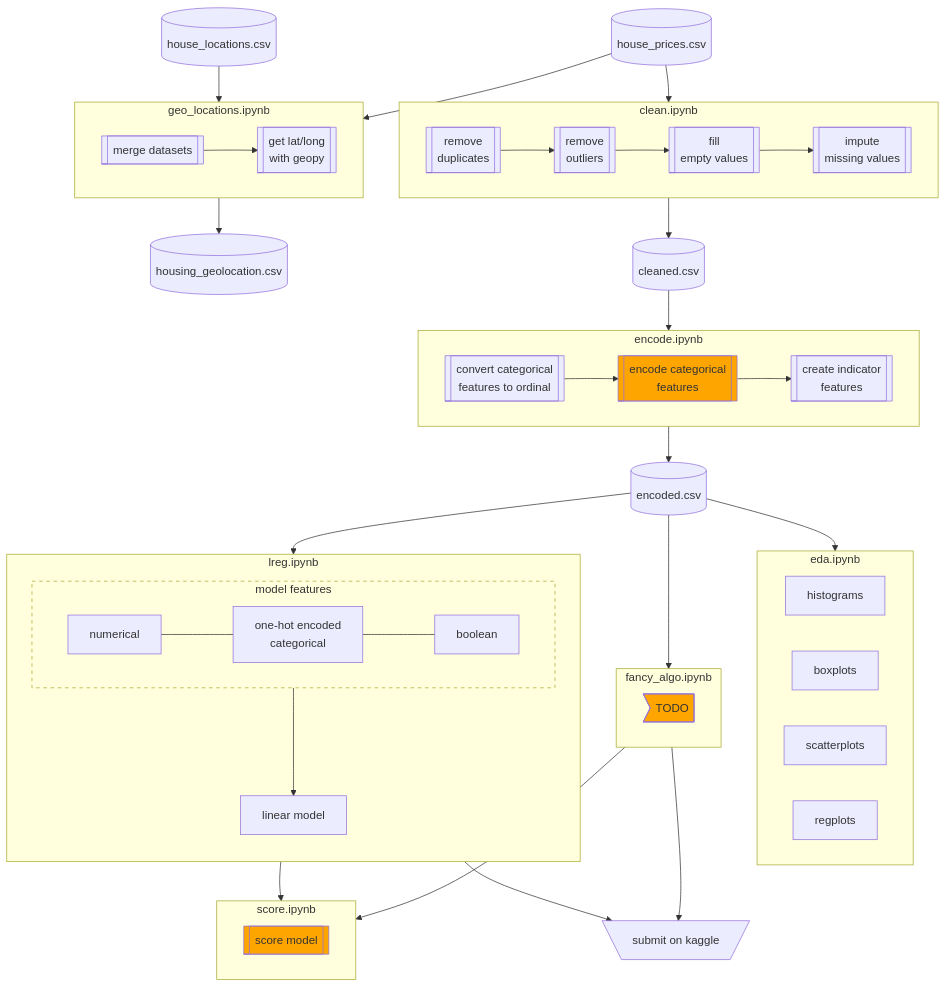
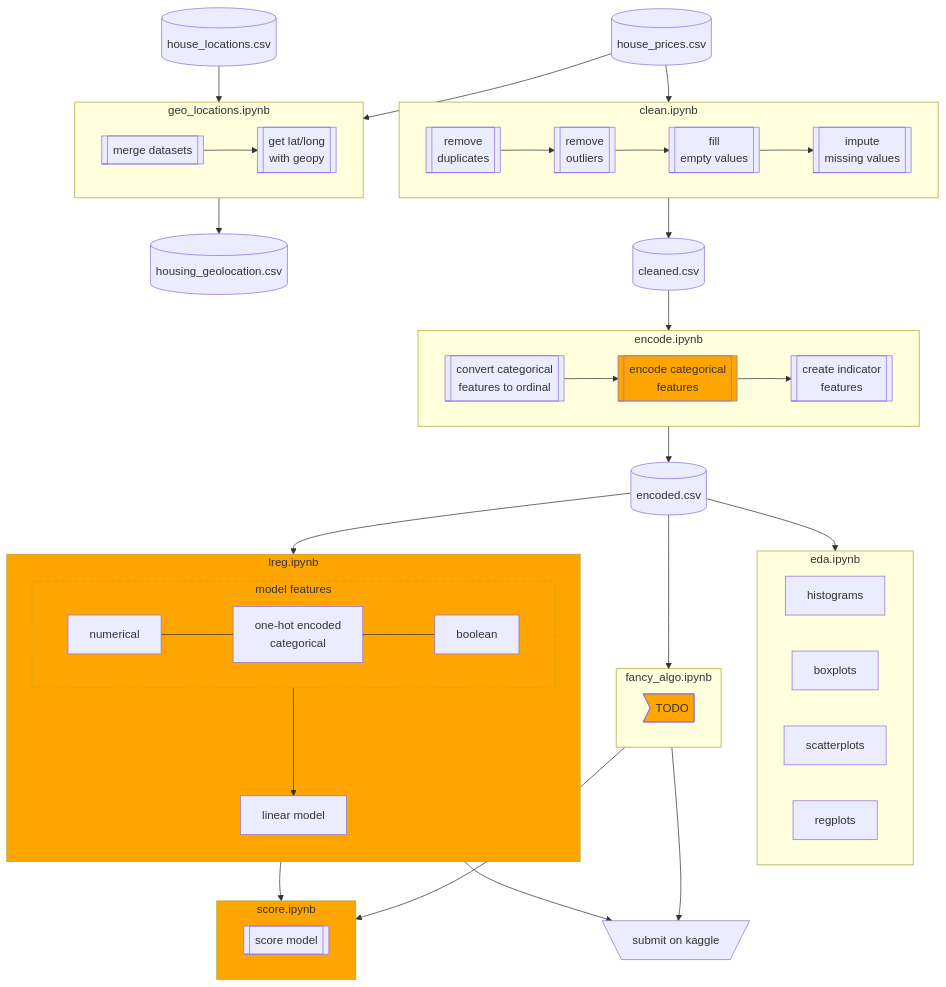
Before and after one commit to rishigoutam/ames-iowa: the diagram in project-management/process.md, drawn with Mermaid.

````diff
--- a/project-management/process.md
+++ b/project-management/process.md
@@ -5,71 +5,73 @@
 ```mermaid
 flowchart TD
     d_r[(house_locations.csv)]-->geo
     d_h[(house_prices.csv)]-->geo
     
     subgraph geo [geo_locations.ipynb]
         direction LR
         merge[[merge datasets]]-->geopy
         geopy[[get lat/long\n with geopy]]
     end
     
     geo-->d_g[(housing_geolocation.csv)]
 
     d_h[(house_prices.csv)]-->clean
     
     subgraph clean [clean.ipynb]
         direction LR
         dupe[[remove \nduplicates]]-->outlier
         outlier[[remove \noutliers]]-->fillna
         fillna[[fill \nempty values]]-->impute
         impute[[impute \nmissing values]]
     end
     
     clean-->d_c[(cleaned.csv)]
     
     subgraph encode [encode.ipynb]
         direction LR
         ordinate[[convert categorical \nfeatures to ordinal]]-->cat
         cat[[encode categorical \nfeatures]]-->indicator
         style cat fill:orange
         indicator[[create indicator \nfeatures]]
     end
     
     d_c-->encode-->d_e[(encoded.csv)]
     
     subgraph eda [eda.ipynb]
         direction LR
         histograms
         boxplots
         scatterplots
         regplots
     end
     
     subgraph lin_regression [lreg.ipynb]
         direction TB
+        style lin_regression fill:orange
         subgraph lin_features [model features]
             direction LR
+            style lin_features fill:orange
             style lin_features stroke-dasharray: 5 5
             numerical---cat_encoded[one-hot encoded\ncategorical]---boolean
         end
         lin_features--->linear_model[linear model]
     end
     
     subgraph algo [fancy_algo.ipynb]
         direction LR
         TODO>TODO]
         style TODO fill:orange
     end
     
     subgraph score [score.ipynb]
+        style score fill:orange
         score_model[[score model]]
-        style score_model fill:orange
     end
     
     d_e-->eda
     d_e-->lin_regression
     d_e-->algo
     
     lin_regression & algo-->score
     lin_regression & algo-->kaggle[\submit on kaggle/]
 ```
````
